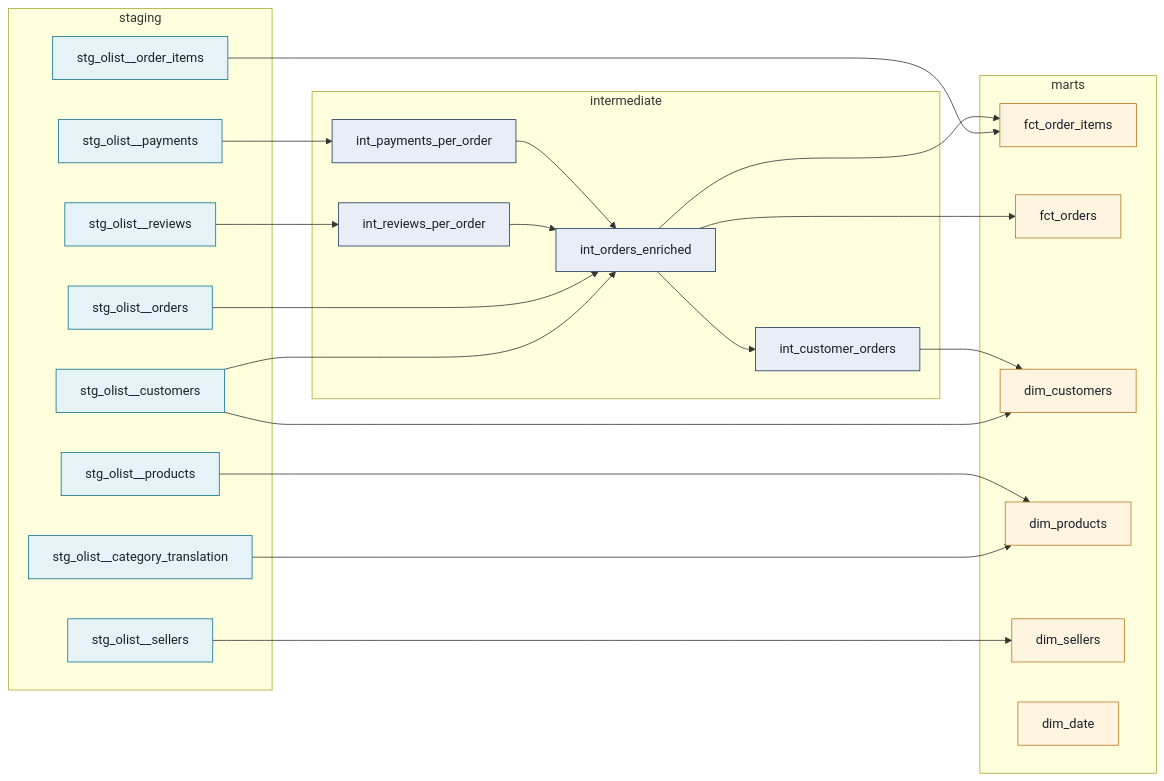
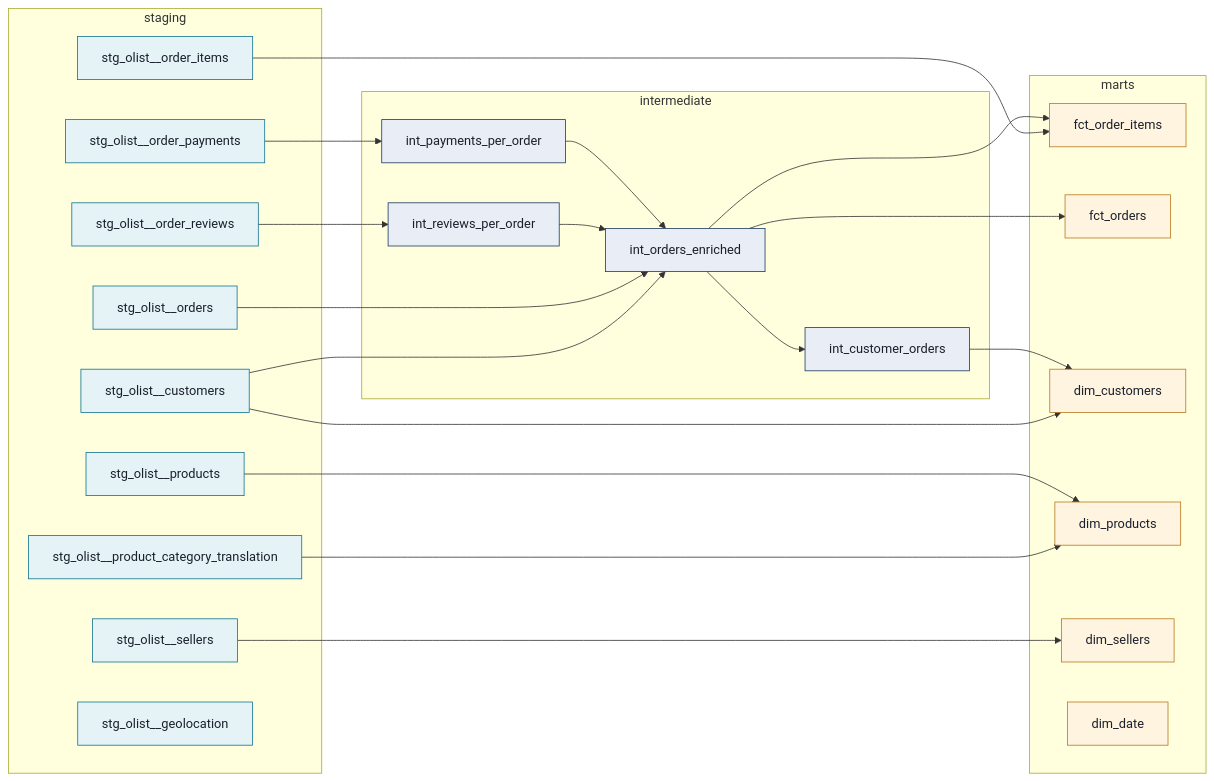
The second of 3 diagrams in README.md (Samir-AISS/olist-ecommerce-data-platform), drawn with Mermaid before and after one commit. The commit also changed other lines of this file and 25 other files, not shown here.

````diff
--- a/README.md
+++ b/README.md
@@ -116,49 +116,50 @@
 ```mermaid
 flowchart LR
   subgraph S["staging"]
     s_ord["stg_olist__orders"]
     s_itm["stg_olist__order_items"]
-    s_pay["stg_olist__payments"]
-    s_rev["stg_olist__reviews"]
+    s_pay["stg_olist__order_payments"]
+    s_rev["stg_olist__order_reviews"]
     s_cus["stg_olist__customers"]
     s_prd["stg_olist__products"]
     s_sel["stg_olist__sellers"]
-    s_cat["stg_olist__category_translation"]
+    s_cat["stg_olist__product_category_translation"]
+    s_geo["stg_olist__geolocation"]
   end
 
   subgraph I["intermediate"]
     i_pay["int_payments_per_order"]
     i_rev["int_reviews_per_order"]
     i_ord["int_orders_enriched"]
     i_cus["int_customer_orders"]
   end
 
   subgraph M["marts"]
     f_itm["fct_order_items"]
     f_ord["fct_orders"]
     d_cus["dim_customers"]
     d_prd["dim_products"]
     d_sel["dim_sellers"]
     d_dat["dim_date"]
   end
 
   s_pay --> i_pay --> i_ord
   s_rev --> i_rev --> i_ord
   s_ord --> i_ord
   s_cus --> i_ord
   i_ord --> f_ord
   i_ord --> f_itm
   s_itm --> f_itm
   i_ord --> i_cus --> d_cus
   s_cus --> d_cus
   s_prd --> d_prd
   s_cat --> d_prd
   s_sel --> d_sel
 
   classDef stg fill:#E6F3F6,stroke:#0E7490,color:#1A202C
   classDef int fill:#E8EDF6,stroke:#1C3A5E,color:#1A202C
   classDef mart fill:#FFF4E0,stroke:#B7791F,color:#1A202C
-  class s_ord,s_itm,s_pay,s_rev,s_cus,s_prd,s_sel,s_cat stg
+  class s_ord,s_itm,s_pay,s_rev,s_cus,s_prd,s_sel,s_cat,s_geo stg
   class i_pay,i_rev,i_ord,i_cus int
   class f_itm,f_ord,d_cus,d_prd,d_sel,d_dat mart
 ```
````
